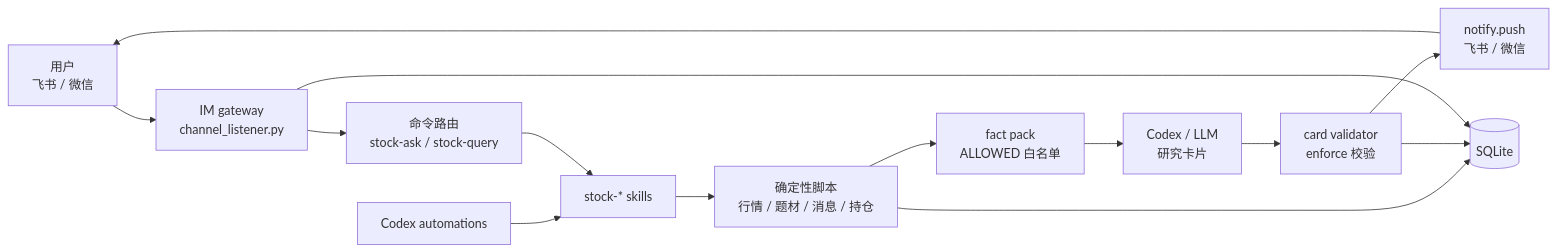
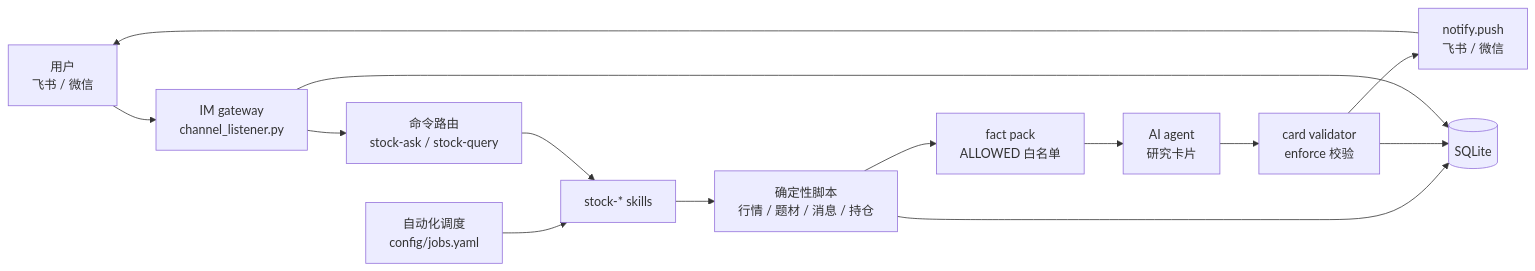
The first of 2 diagrams in README.md (wispig66/a-stock-agent), drawn with Mermaid before and after one commit. The commit also changed other lines of this file, not shown here.

First line of the commit message:
docs(readme): 全面移除 Codex 硬编码表述，改为 agent 中性

````diff
--- a/README.md
+++ b/README.md
@@ -70,18 +70,18 @@
 ```mermaid
 flowchart LR
     User["用户<br/>飞书 / 微信"] --> Gateway["IM gateway<br/>channel_listener.py"]
     Gateway --> Router["命令路由<br/>stock-ask / stock-query"]
-    Scheduler["Codex automations"] --> Skills["stock-* skills"]
+    Scheduler["自动化调度<br/>config/jobs.yaml"] --> Skills["stock-* skills"]
     Router --> Skills
 
     Skills --> Scripts["确定性脚本<br/>行情 / 题材 / 消息 / 持仓"]
     Scripts --> FactPack["fact pack<br/>ALLOWED 白名单"]
-    FactPack --> LLM["Codex / LLM<br/>研究卡片"]
+    FactPack --> LLM["AI agent<br/>研究卡片"]
     LLM --> Validator["card validator<br/>enforce 校验"]
     Validator --> Notify["notify.push<br/>飞书 / 微信"]
     Notify --> User
 
     Scripts --> DB[(SQLite)]
     Validator --> DB
     Gateway --> DB
 ```
````
